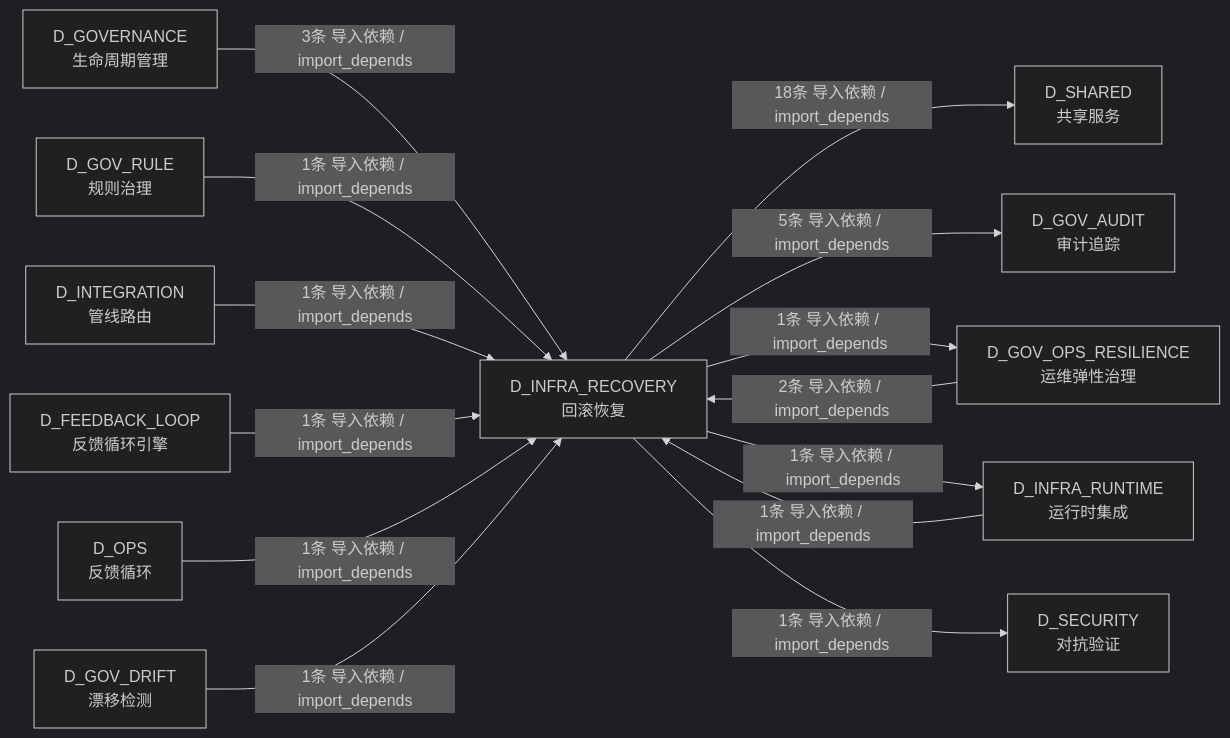
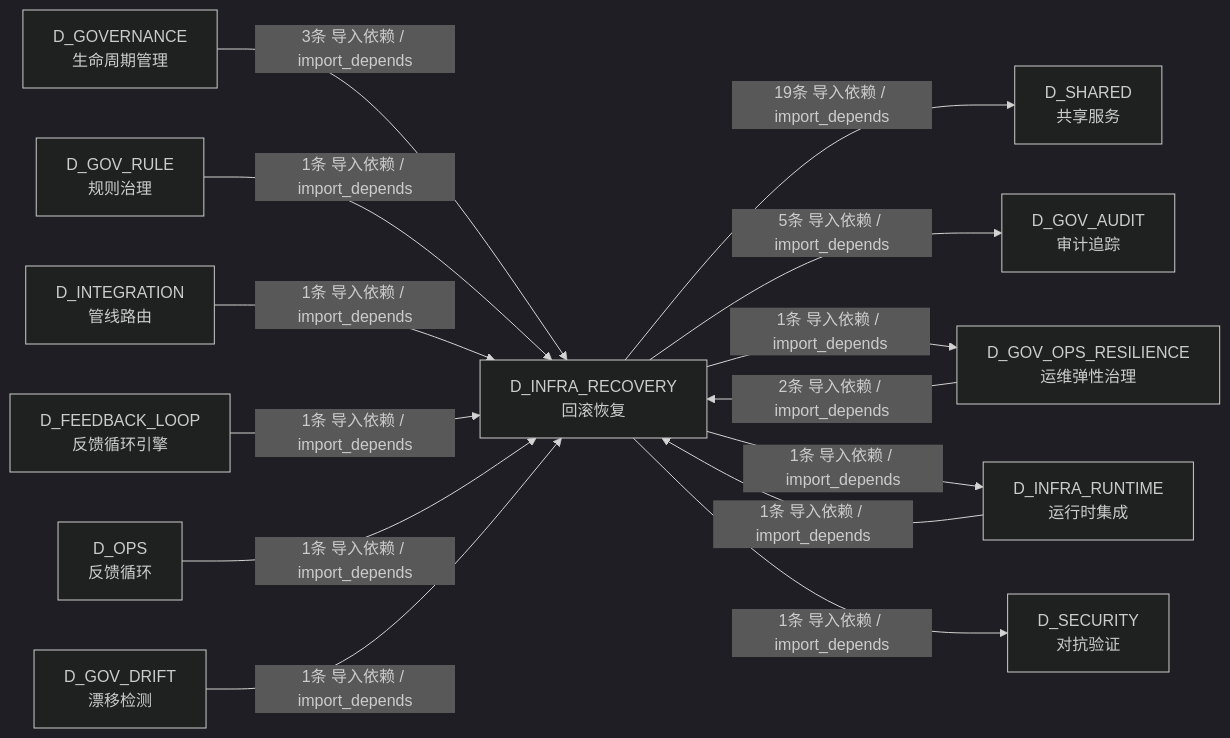
Before and after one commit to xuanFelixVan/ZephyrAlpha: the fifth of 5 diagrams in docs/02_enterprise_architecture/02_domain_architecture_docs/03_d_infra_recovery.md, drawn with Mermaid (dark theme). The commit also changed other lines of this file and 94 other files, not shown here.

````diff
--- a/docs/02_enterprise_architecture/02_domain_architecture_docs/03_d_infra_recovery.md
+++ b/docs/02_enterprise_architecture/02_domain_architecture_docs/03_d_infra_recovery.md
@@ -454,28 +456,28 @@
 ```mermaid
 graph LR
     D_INFRA_RECOVERY["D_INFRA_RECOVERY<br/>回滚恢复"]
     D_SHARED["D_SHARED<br/>共享服务"]
     D_GOV_AUDIT["D_GOV_AUDIT<br/>审计追踪"]
     D_GOV_OPS_RESILIENCE["D_GOV_OPS_RESILIENCE<br/>运维弹性治理"]
     D_INFRA_RUNTIME["D_INFRA_RUNTIME<br/>运行时集成"]
     D_SECURITY["D_SECURITY<br/>对抗验证"]
     D_GOVERNANCE["D_GOVERNANCE<br/>生命周期管理"]
     D_GOV_RULE["D_GOV_RULE<br/>规则治理"]
     D_INTEGRATION["D_INTEGRATION<br/>管线路由"]
     D_FEEDBACK_LOOP["D_FEEDBACK_LOOP<br/>反馈循环引擎"]
     D_OPS["D_OPS<br/>反馈循环"]
     D_GOV_DRIFT["D_GOV_DRIFT<br/>漂移检测"]
-    D_INFRA_RECOVERY -->|18条 导入依赖 / import_depends| D_SHARED
+    D_INFRA_RECOVERY -->|19条 导入依赖 / import_depends| D_SHARED
     D_INFRA_RECOVERY -->|5条 导入依赖 / import_depends| D_GOV_AUDIT
     D_INFRA_RECOVERY -->|1条 导入依赖 / import_depends| D_GOV_OPS_RESILIENCE
     D_INFRA_RECOVERY -->|1条 导入依赖 / import_depends| D_INFRA_RUNTIME
     D_INFRA_RECOVERY -->|1条 导入依赖 / import_depends| D_SECURITY
     D_GOVERNANCE -->|3条 导入依赖 / import_depends| D_INFRA_RECOVERY
     D_GOV_OPS_RESILIENCE -->|2条 导入依赖 / import_depends| D_INFRA_RECOVERY
     D_GOV_RULE -->|1条 导入依赖 / import_depends| D_INFRA_RECOVERY
     D_INFRA_RUNTIME -->|1条 导入依赖 / import_depends| D_INFRA_RECOVERY
     D_INTEGRATION -->|1条 导入依赖 / import_depends| D_INFRA_RECOVERY
     D_FEEDBACK_LOOP -->|1条 导入依赖 / import_depends| D_INFRA_RECOVERY
     D_OPS -->|1条 导入依赖 / import_depends| D_INFRA_RECOVERY
     D_GOV_DRIFT -->|1条 导入依赖 / import_depends| D_INFRA_RECOVERY
 ```
````
